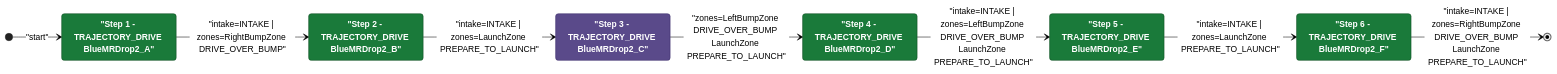
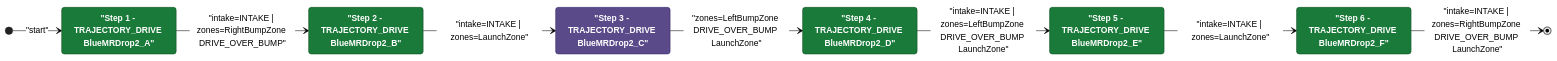
One commit to Team302/2026Rebuilt changed the diagram in documents/auton/BlueBOutDrop2NDepNOutScoreNCli.md. Above: the diagram before and after it, drawn with Mermaid (neutral theme). The commit also changed other lines of this file and 131 other files, not shown here.

First line of the commit message:
docs(auton): regenerate Mermaid diagrams [skip ci]

````diff
--- a/documents/auton/BlueBOutDrop2NDepNOutScoreNCli.md
+++ b/documents/auton/BlueBOutDrop2NDepNOutScoreNCli.md
@@ -8,30 +8,30 @@
 ```mermaid
 stateDiagram-v2
     direction LR
 
     %% Green = intake active, Purple = intake off
     classDef intake  fill:#1a7a3a,color:#ffffff,stroke:#0d4a1f,font-weight:bold
     classDef noIntake fill:#5a4a8a,color:#ffffff,stroke:#3a2a6a,font-weight:bold
 
     Step1 : "Step 1 - TRAJECTORY_DRIVE BlueMRDrop2_A"
     Step2 : "Step 2 - TRAJECTORY_DRIVE BlueMRDrop2_B"
     Step3 : "Step 3 - TRAJECTORY_DRIVE BlueMRDrop2_C"
     Step4 : "Step 4 - TRAJECTORY_DRIVE BlueMRDrop2_D"
     Step5 : "Step 5 - TRAJECTORY_DRIVE BlueMRDrop2_E"
     Step6 : "Step 6 - TRAJECTORY_DRIVE BlueMRDrop2_F"
 
     class Step1 intake
     class Step2 intake
     class Step3 noIntake
     class Step4 intake
     class Step5 intake
     class Step6 intake
 
     [*] --> Step1 : "start"
     Step1 --> Step2: "intake=INTAKE | zones=RightBumpZone DRIVE_OVER_BUMP"
-    Step2 --> Step3: "intake=INTAKE | zones=LaunchZone PREPARE_TO_LAUNCH"
-    Step3 --> Step4: "zones=LeftBumpZone DRIVE_OVER_BUMP LaunchZone PREPARE_TO_LAUNCH"
-    Step4 --> Step5: "intake=INTAKE | zones=LeftBumpZone DRIVE_OVER_BUMP LaunchZone PREPARE_TO_LAUNCH"
-    Step5 --> Step6: "intake=INTAKE | zones=LaunchZone PREPARE_TO_LAUNCH"
-    Step6 --> [*]: "intake=INTAKE | zones=RightBumpZone DRIVE_OVER_BUMP LaunchZone PREPARE_TO_LAUNCH"
+    Step2 --> Step3: "intake=INTAKE | zones=LaunchZone"
+    Step3 --> Step4: "zones=LeftBumpZone DRIVE_OVER_BUMP LaunchZone"
+    Step4 --> Step5: "intake=INTAKE | zones=LeftBumpZone DRIVE_OVER_BUMP LaunchZone"
+    Step5 --> Step6: "intake=INTAKE | zones=LaunchZone"
+    Step6 --> [*]: "intake=INTAKE | zones=RightBumpZone DRIVE_OVER_BUMP LaunchZone"
 ```
````
